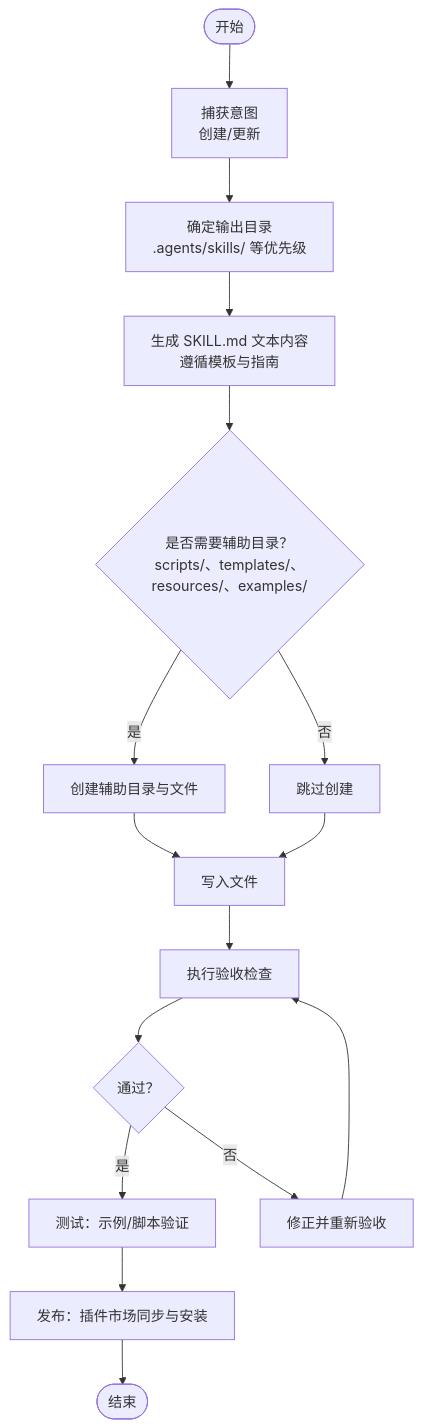
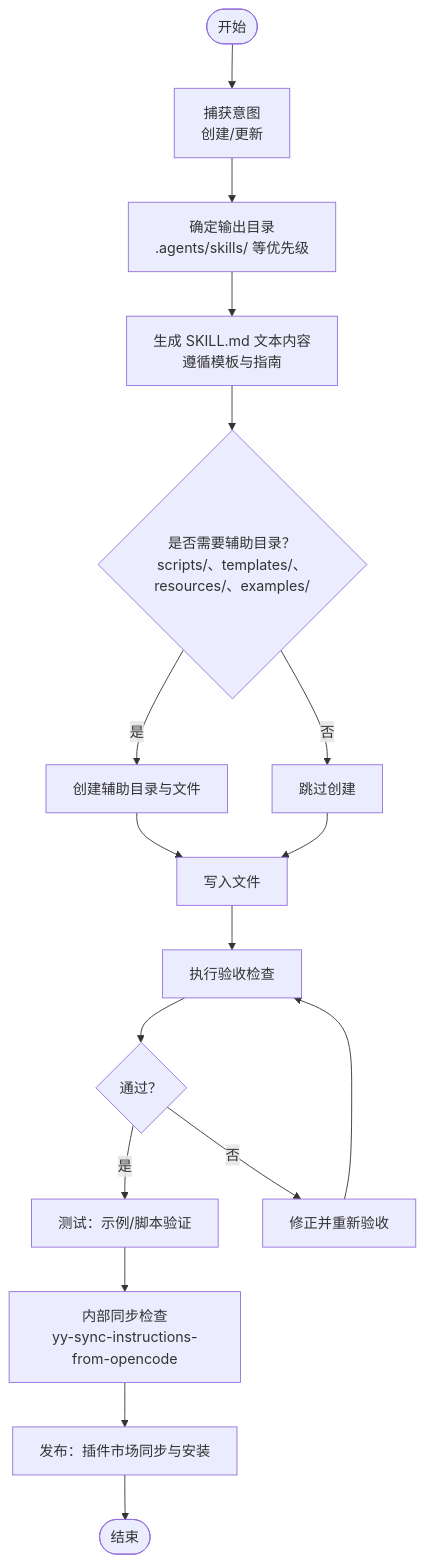
One commit to bulls-cows/skills changed the third of 9 diagrams in .qoder/repowiki/zh/content/技能系统/技能系统.md. Above: the diagram before and after it, drawn with Mermaid. The commit also changed other lines of this file and 3 other files, not shown here.

````diff
--- a/.qoder/repowiki/zh/content/技能系统/技能系统.md
+++ b/.qoder/repowiki/zh/content/技能系统/技能系统.md
@@ -147,18 +184,19 @@
 ```mermaid
 flowchart TD
 Start(["开始"]) --> Capture["捕获意图<br/>创建/更新"]
 Capture --> DecideDir["确定输出目录<br/>.agents/skills/ 等优先级"]
 DecideDir --> Draft["生成 SKILL.md 文本内容<br/>遵循模板与指南"]
 Draft --> CreateDirs{"是否需要辅助目录？<br/>scripts/、templates/、resources/、examples/"}
 CreateDirs --> |是| GenAux["创建辅助目录与文件"]
 CreateDirs --> |否| SkipAux["跳过创建"]
 GenAux --> Write["写入文件"]
 SkipAux --> Write
 Write --> Validate["执行验收检查"]
 Validate --> Pass{"通过？"}
 Pass --> |是| Test["测试：示例/脚本验证"]
 Pass --> |否| Fix["修正并重新验收"]
 Fix --> Validate
-Test --> Release["发布：插件市场同步与安装"]
+Test --> InternalSync["内部同步检查<br/>yy-sync-instructions-from-opencode"]
+InternalSync --> Release["发布：插件市场同步与安装"]
 Release --> End(["结束"])
 ```
````
